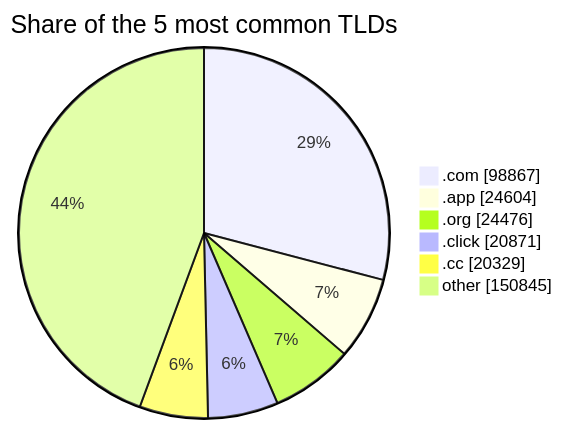
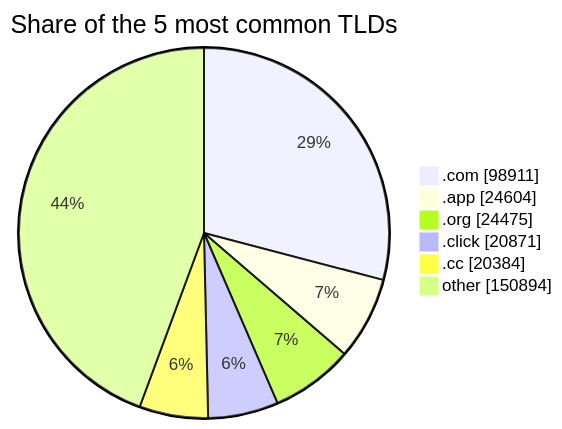
One commit to DNSBunker/CTI changed the third of 3 diagrams in README.md. Above: the diagram before and after it, drawn with Mermaid. The commit also changed other lines of this file and 4 other files, not shown here.

````diff
--- a/README.md
+++ b/README.md
@@ -81,9 +81,9 @@
 ```mermaid
 pie showData title Share of the 5 most common TLDs
-    ".com" : 98867
+    ".com" : 98911
     ".app" : 24604
-    ".org" : 24476
+    ".org" : 24475
     ".click" : 20871
-    ".cc" : 20329
-    "other" : 150845
+    ".cc" : 20384
+    "other" : 150894
 ```
````
